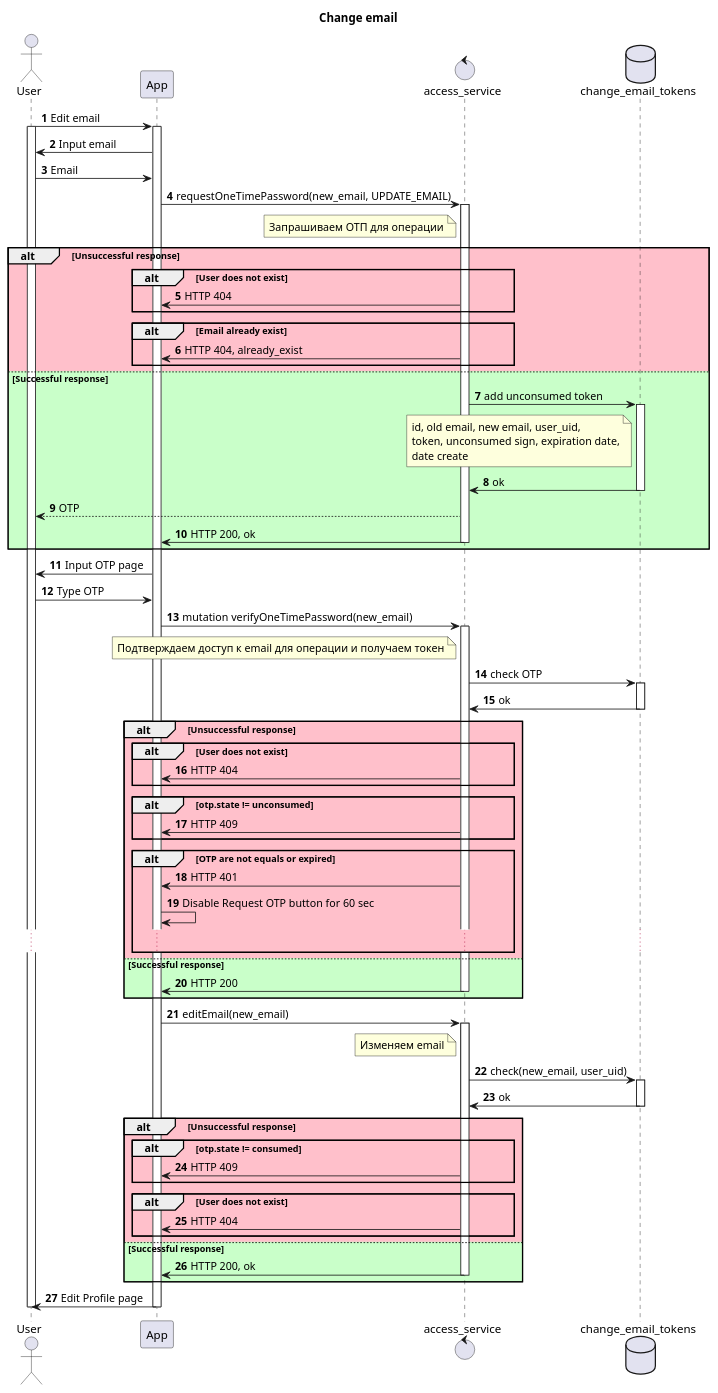
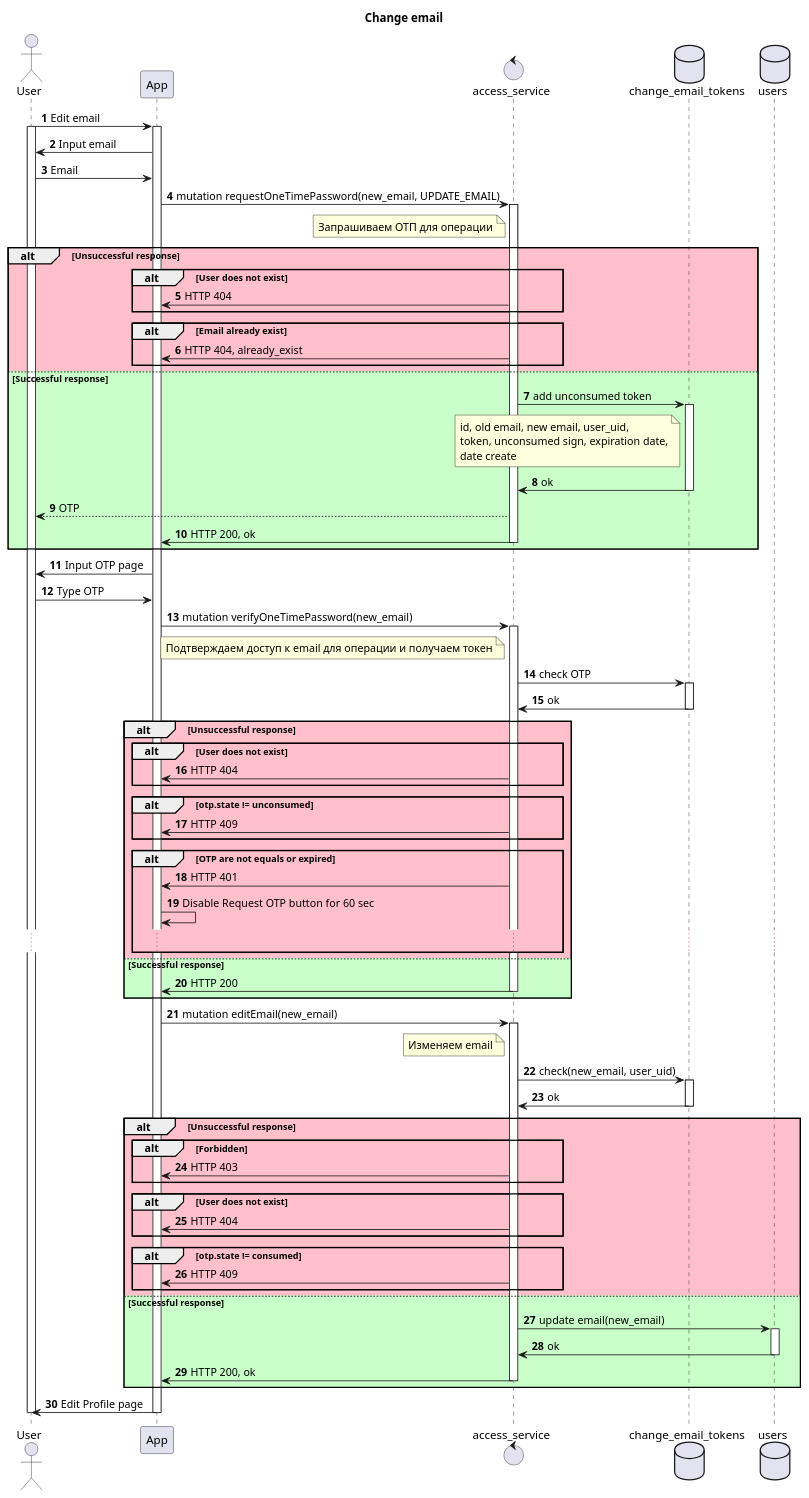
The diagram in schemas/change_login_to_be.puml (algruwork/work), drawn with PlantUML before and after one commit.

Commit message:
add change_login_to_be.puml 2

```diff
--- a/schemas/change_login_to_be.puml
+++ b/schemas/change_login_to_be.puml
@@ -1,98 +1,120 @@
 @startuml
 actor User as U
 participant App as GUI
 control access_service as AC
 database change_email_tokens as CLT
+database users as UD
 
 title "Change email"
 autonumber
 U -> GUI: Edit email
 activate U
 activate GUI
 GUI -> U: Input email
 U -> GUI: Email
-GUI -> AC: requestOneTimePassword(new_email, UPDATE_EMAIL)
+GUI -> AC: mutation requestOneTimePassword(new_email, UPDATE_EMAIL)
 note left AC
 Запрашиваем ОТП для операции
 end note
 activate AC
 
 alt #Pink Unsuccessful response
+
 alt #Pink User does not exist
 AC -> GUI: HTTP 404
 end
+
 alt #Pink Email already exist
 AC -> GUI: HTTP 404, already_exist
 end
+
 else #Technology Successful response
 AC -> CLT: add unconsumed token
 note left CLT
 id, old email, new email, user_uid,
 token, unconsumed sign, expiration date,
 date create
 end note
+
 activate CLT
 CLT -> AC: ok
 deactivate CLT
 AC --> U: OTP
 AC -> GUI: HTTP 200, ok
 deactivate AC
 end
 
 GUI -> U: Input OTP page
 U -> GUI: Type OTP
 GUI -> AC: mutation verifyOneTimePassword(new_email)
 note left AC
 Подтверждаем доступ к email для операции и получаем токен
 end note
+
 activate AC
 AC -> CLT: check OTP
 activate CLT
 CLT -> AC: ok
 deactivate CLT
 
 alt #Pink Unsuccessful response
+
 alt #Pink User does not exist
 AC -> GUI: HTTP 404
 end
 
 alt #Pink otp.state != unconsumed
 AC -> GUI: HTTP 409
 end
 
 alt #Pink OTP are not equals or expired
 AC -> GUI: HTTP 401
 GUI -> GUI: Disable Request OTP button for 60 sec
 ...
 end
 
 
 else #Technology Successful response
+
 AC -> GUI: HTTP 200
 deactivate AC
 end
 
-GUI -> AC: editEmail(new_email)
+GUI -> AC: mutation editEmail(new_email)
 activate AC
 note left AC
 Изменяем email
 end note
+
 AC -> CLT: check(new_email, user_uid)
 activate CLT
 CLT -> AC: ok
 deactivate CLT
+
 alt #Pink Unsuccessful response
+
+alt #Pink Forbidden
+AC -> GUI: HTTP 403
+end
+
+alt #Pink User does not exist
+AC -> GUI: HTTP 404
+end
+
 alt #Pink otp.state != consumed
 AC -> GUI: HTTP 409
 end
-alt #Pink User does not exist
-AC -> GUI: HTTP 404
-end
+
 else #Technology Successful response
+
+AC -> UD: update email(new_email)
+activate UD
+UD -> AC: ok
+deactivate UD
 AC -> GUI: HTTP 200, ok
 deactivate AC
 end
 GUI -> U: Edit Profile page
 deactivate GUI
 deactivate U
 @enduml
```
